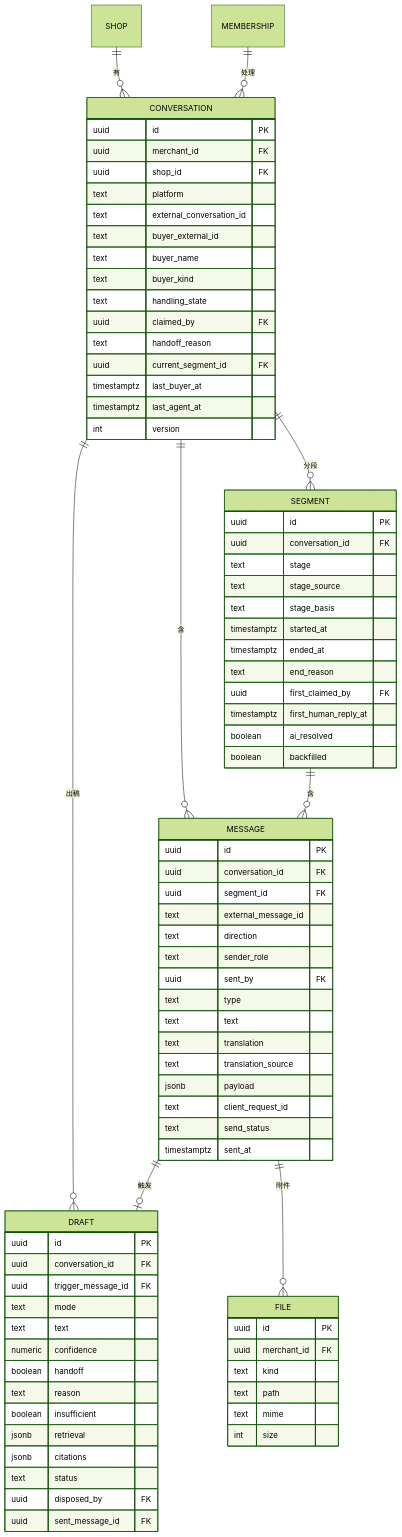
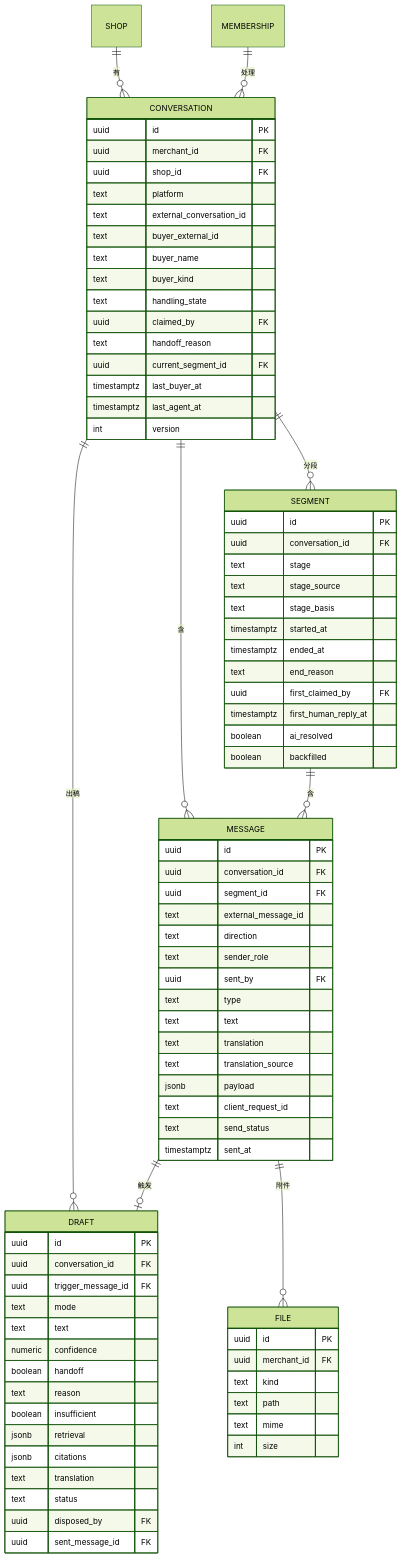
One commit to Bearisbug/shopilot changed the fourth of 33 diagrams in docs/DESIGN.md. Above: the diagram before and after it, drawn with Mermaid (forest theme). The commit also changed other lines of this file and 32 other files, not shown here.

```diff
--- a/docs/DESIGN.md
+++ b/docs/DESIGN.md
@@ -1145,6 +1165,7 @@
     boolean insufficient
     jsonb retrieval
     jsonb citations
+    text translation
     text status
     uuid disposed_by FK
     uuid sent_message_id FK
```
